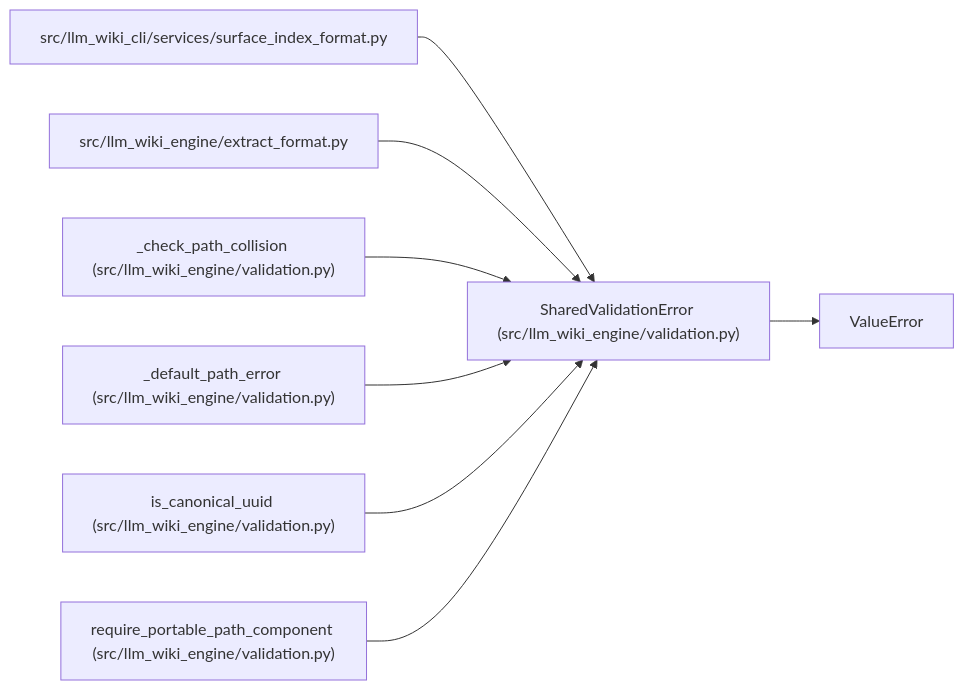
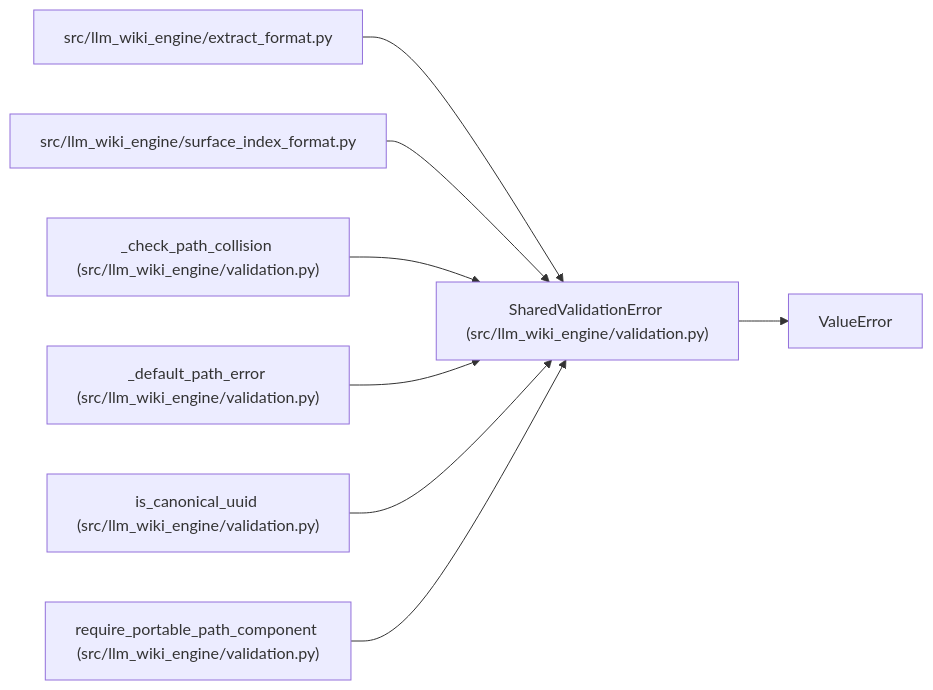
One commit to Denissvgn/python-wiki-llm changed the diagram in docs/llm_wiki/entities/SharedValidationError.md. Above: the diagram before and after it, drawn with Mermaid. The commit also changed 739 other files, not shown here.

First line of the commit message:
docs: refresh the wiki for the second engine batch

````diff
--- a/docs/llm_wiki/entities/SharedValidationError.md
+++ b/docs/llm_wiki/entities/SharedValidationError.md
@@ -23,25 +23,25 @@
 ```mermaid
 flowchart LR
     n0["SharedValidationError (src/llm_wiki_engine/validation.py)"]
     n1["ValueError"]
-    n2["src/llm_wiki_cli/services/surface_index_format.py"]
-    n3["src/llm_wiki_engine/extract_format.py"]
+    n2["src/llm_wiki_engine/extract_format.py"]
+    n3["src/llm_wiki_engine/surface_index_format.py"]
     n4["_check_path_collision (src/llm_wiki_engine/validation.py)"]
     n5["_default_path_error (src/llm_wiki_engine/validation.py)"]
     n6["is_canonical_uuid (src/llm_wiki_engine/validation.py)"]
     n7["require_portable_path_component (src/llm_wiki_engine/validation.py)"]
     n0 --> n1
     n2 --> n0
     n3 --> n0
     n4 --> n0
     n5 --> n0
     n6 --> n0
     n7 --> n0
     click n0 "../modules/validation.md"
-    click n2 "../modules/surface_index_format.md"
-    click n3 "../modules/extract_format.md"
+    click n2 "../modules/extract_format.md"
+    click n3 "../modules/surface_index_format.md"
     click n4 "../modules/validation.md"
     click n5 "../modules/validation.md"
     click n6 "../modules/validation.md"
     click n7 "../modules/validation.md"
 ```
````
